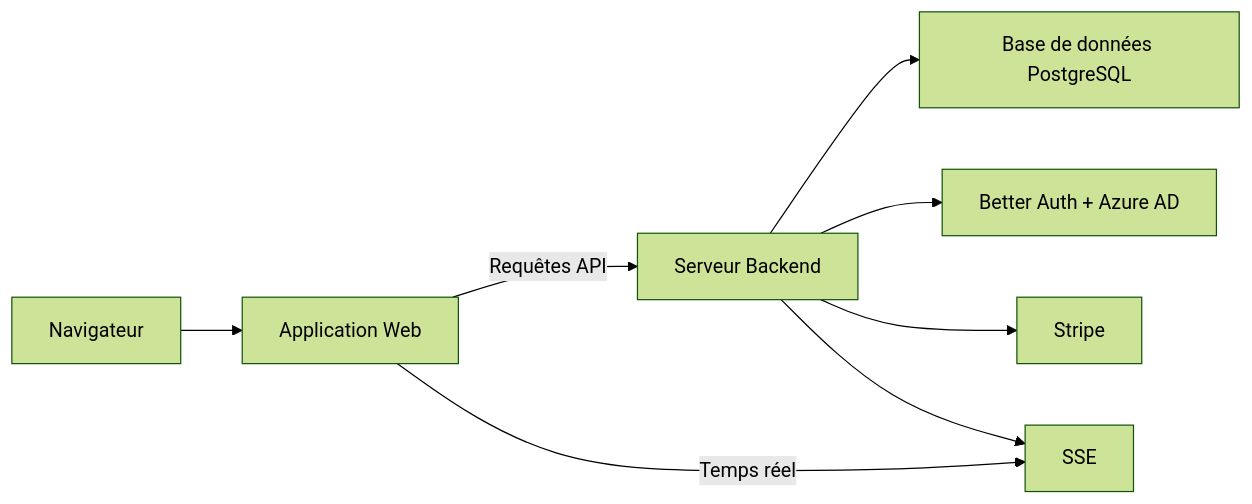
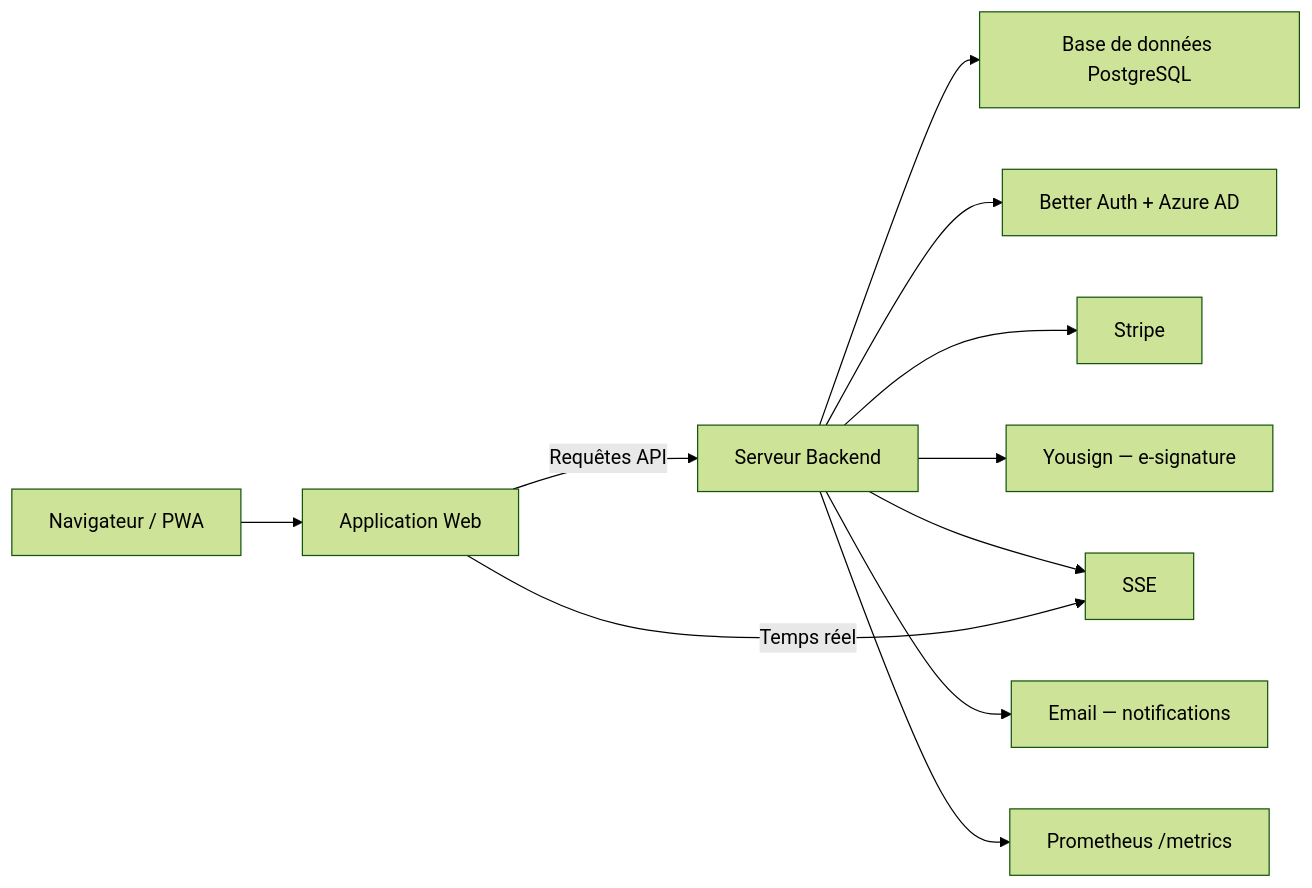
Before and after one commit to Wifsimster/copro-pilot: the first of 5 diagrams in docs/architecture.md, drawn with Mermaid (forest theme). The commit also changed other lines of this file and 9 other files, not shown here.

````diff
--- a/docs/architecture.md
+++ b/docs/architecture.md
@@ -7,10 +7,13 @@
 ```mermaid
 graph LR
-    A[Navigateur] --> B[Application Web]
+    A[Navigateur / PWA] --> B[Application Web]
     B -->|Requêtes API| C[Serveur Backend]
     B -->|Temps réel| G[SSE]
     C --> D[Base de données PostgreSQL]
     C --> E[Better Auth + Azure AD]
     C --> F[Stripe]
     C --> G
+    C --> H[Yousign — e-signature]
+    C --> I[Email — notifications]
+    C --> J[Prometheus /metrics]
 ```
````
